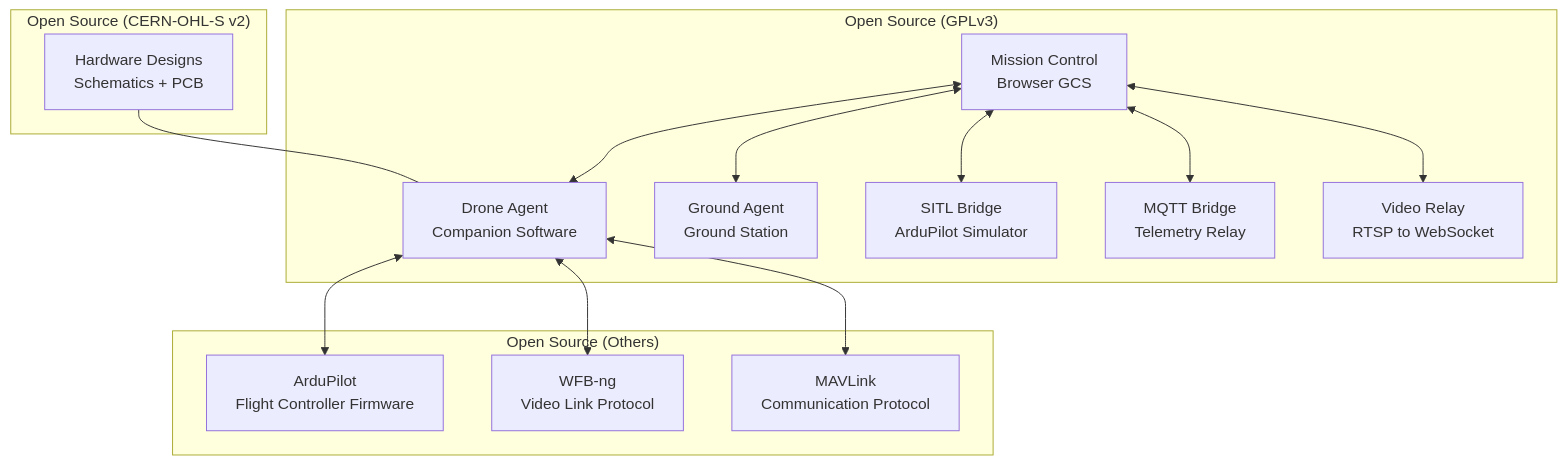
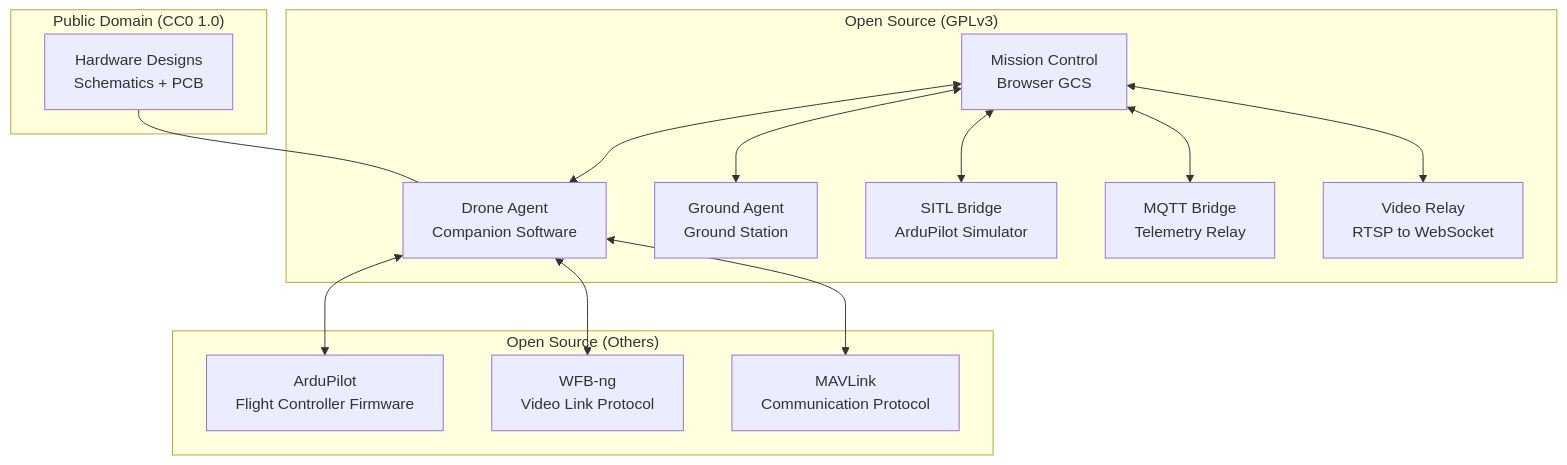
Before and after one commit to altnautica/Documentation: the diagram in getting-started/open-source.mdx, drawn with Mermaid. The commit also changed other lines of this file and 2 other files, not shown here.

````diff
--- a/getting-started/open-source.mdx
+++ b/getting-started/open-source.mdx
@@ -68,31 +74,31 @@
 ```mermaid
 flowchart TB
     subgraph "Open Source (GPLv3)"
         GCS[Mission Control<br/>Browser GCS]
         AGENT[Drone Agent<br/>Companion Software]
         GROUND[Ground Agent<br/>Ground Station]
         SITL[SITL Bridge<br/>ArduPilot Simulator]
         MQTT[MQTT Bridge<br/>Telemetry Relay]
         VIDEO[Video Relay<br/>RTSP to WebSocket]
     end
 
-    subgraph "Open Source (CERN-OHL-S v2)"
+    subgraph "Public Domain (CC0 1.0)"
         HW[Hardware Designs<br/>Schematics + PCB]
     end
 
     subgraph "Open Source (Others)"
         AP[ArduPilot<br/>Flight Controller Firmware]
         WFB[WFB-ng<br/>Video Link Protocol]
         MAVLINK[MAVLink<br/>Communication Protocol]
     end
 
     GCS <--> AGENT
     GCS <--> GROUND
     AGENT <--> AP
     AGENT <--> WFB
     AGENT <--> MAVLINK
     GCS <--> SITL
     GCS <--> MQTT
     GCS <--> VIDEO
     HW --- AGENT
 ```
````
